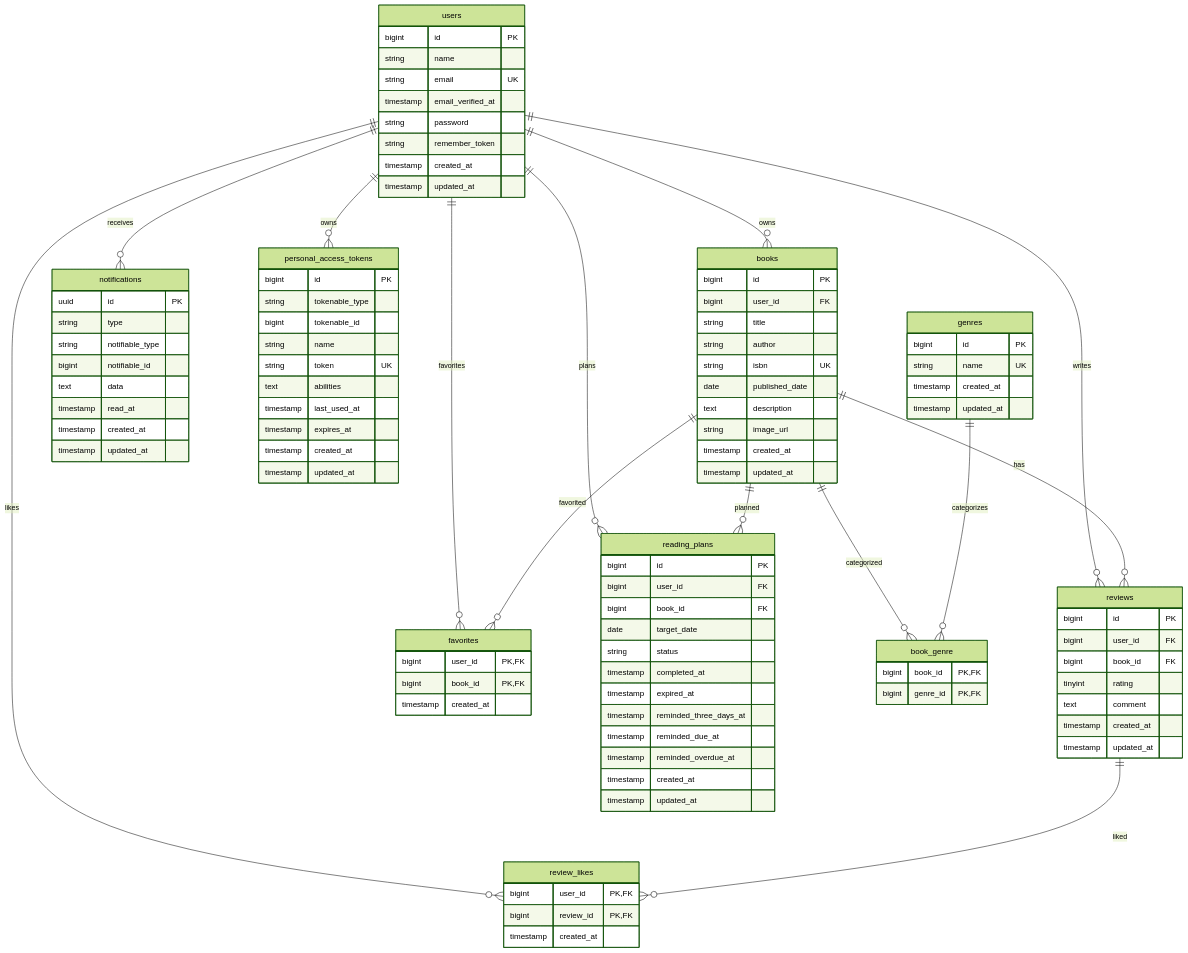
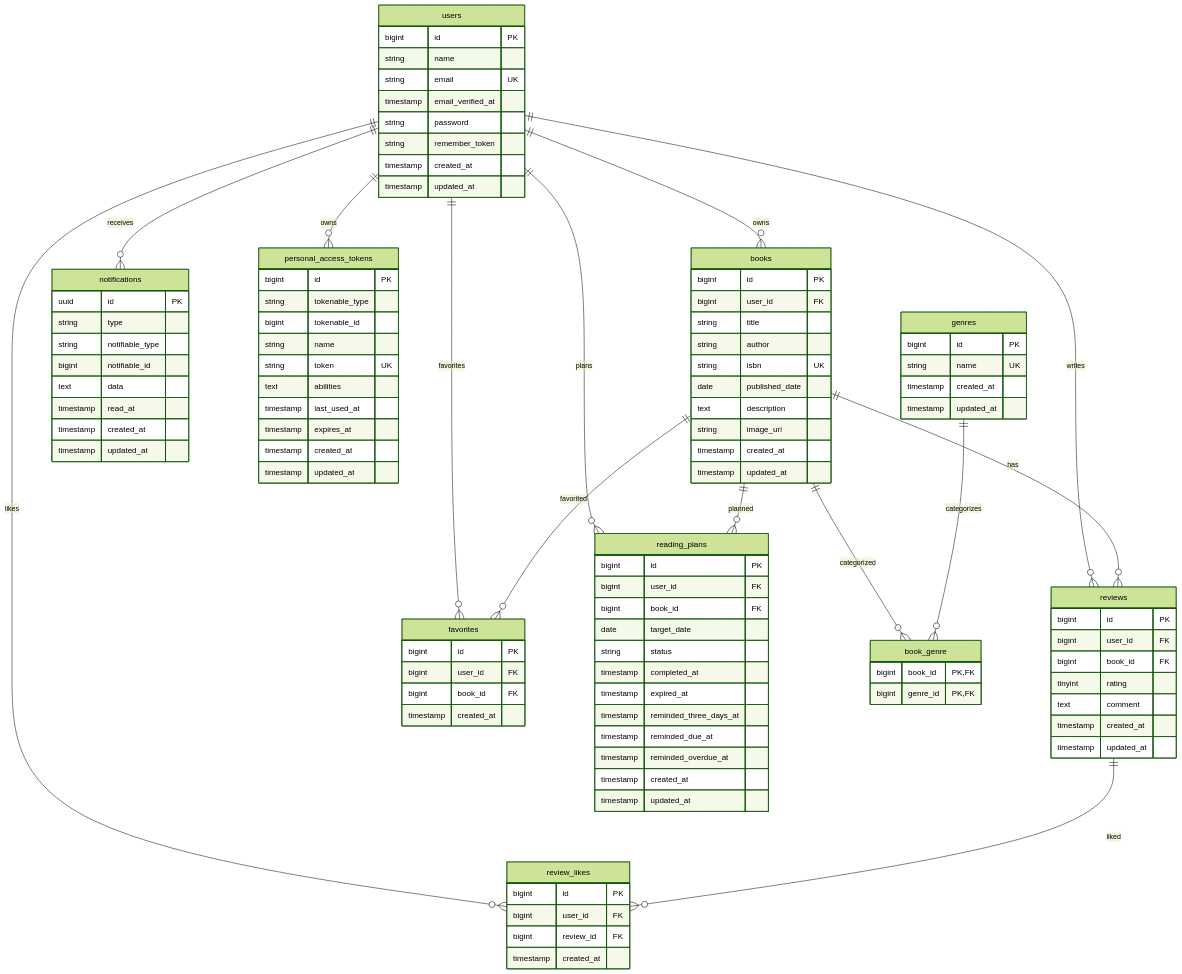
One commit to Takayama0422/Bookshelf changed the diagram in README.md. Above: the diagram before and after it, drawn with Mermaid (forest theme). The commit also changed other lines of this file and 58 other files, not shown here.

```diff
--- a/README.md
+++ b/README.md
@@ -102,14 +102,16 @@
     }
 
     favorites {
-        bigint user_id PK, FK
-        bigint book_id PK, FK
+        bigint id PK
+        bigint user_id FK
+        bigint book_id FK
         timestamp created_at
     }
 
     review_likes {
-        bigint user_id PK, FK
-        bigint review_id PK, FK
+        bigint id PK
+        bigint user_id FK
+        bigint review_id FK
         timestamp created_at
     }
 
```
